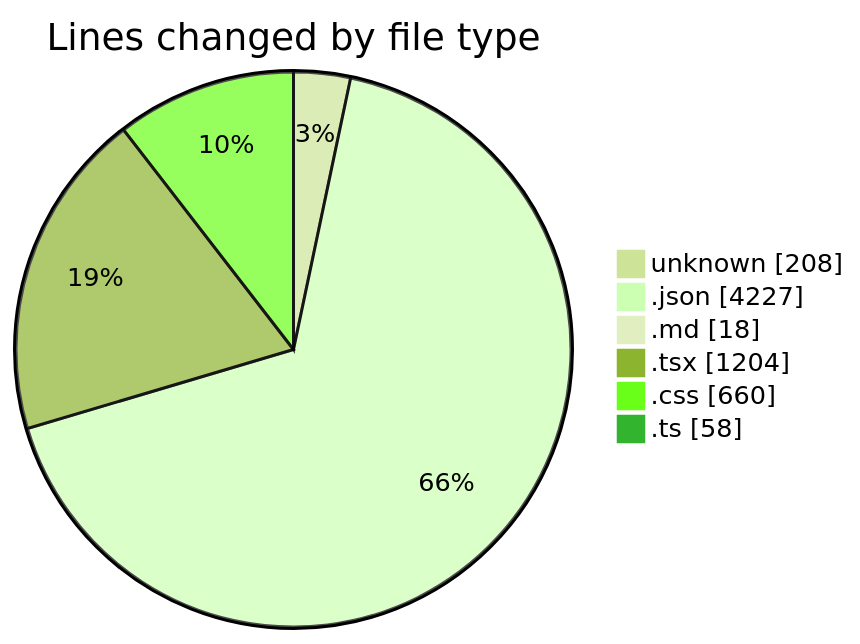
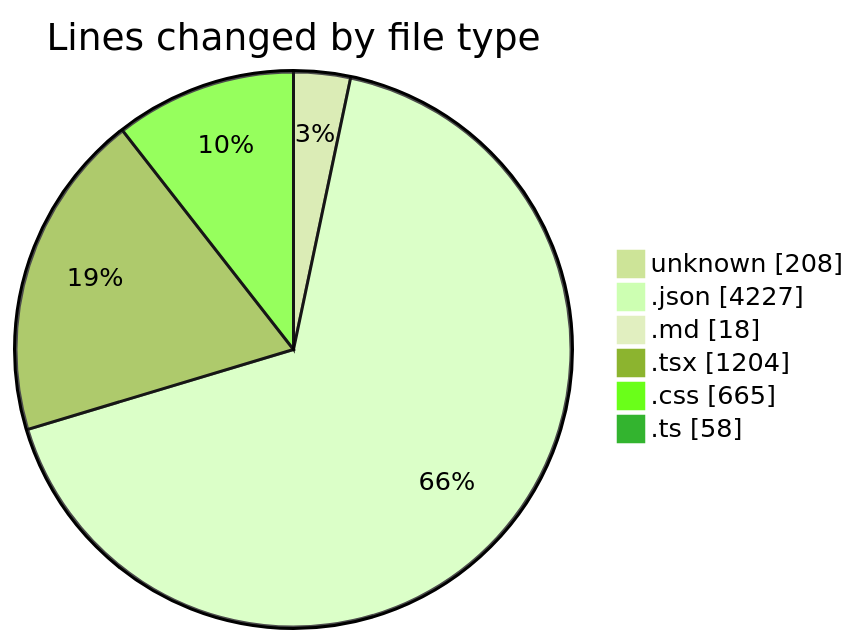
The first of 2 diagrams in 2025-08-07/ribbon/README.md (EIIisD/code-tracking), drawn with Mermaid (forest theme) before and after one commit. The commit also changed other lines of this file and 1 other file, not shown here.

````diff
--- a/2025-08-07/ribbon/README.md
+++ b/2025-08-07/ribbon/README.md
@@ -36,10 +36,10 @@
 ```mermaid
 pie showData
 title Lines changed by file type
 "unknown" : 208
 ".json" : 4227
 ".md" : 18
 ".tsx" : 1204
-".css" : 660
+".css" : 665
 ".ts" : 58
 ```
````
